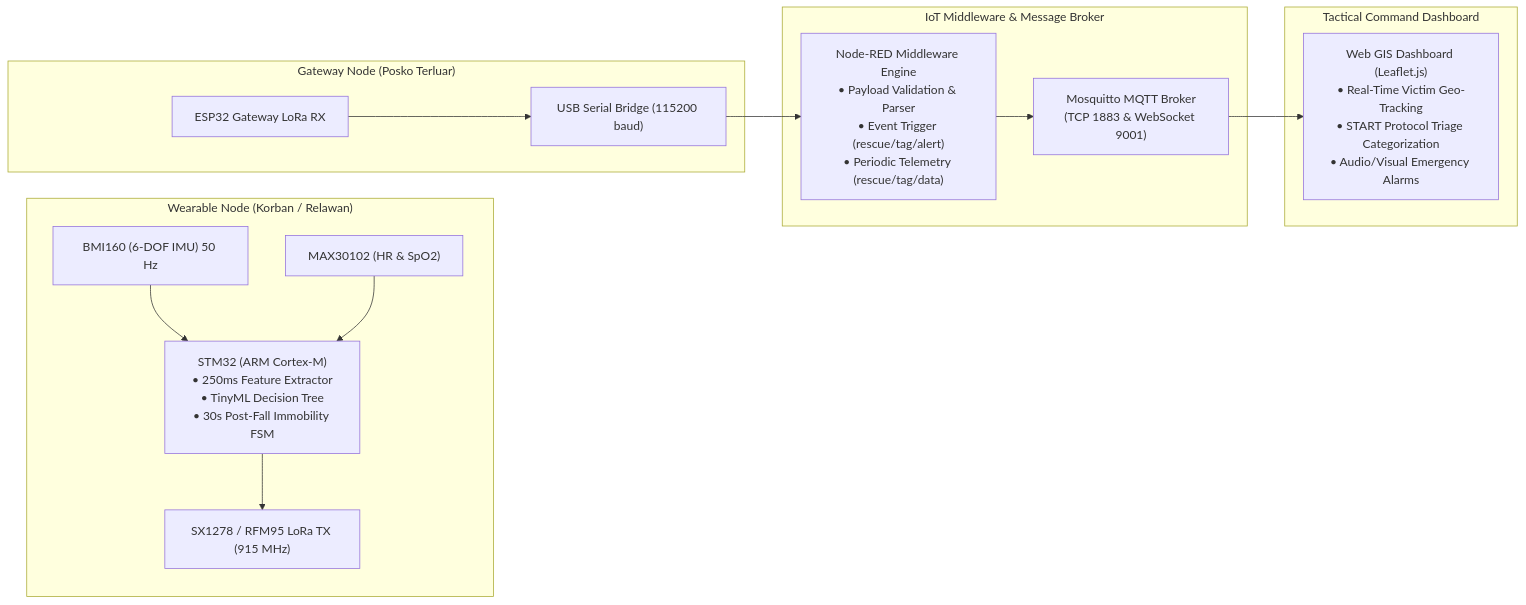
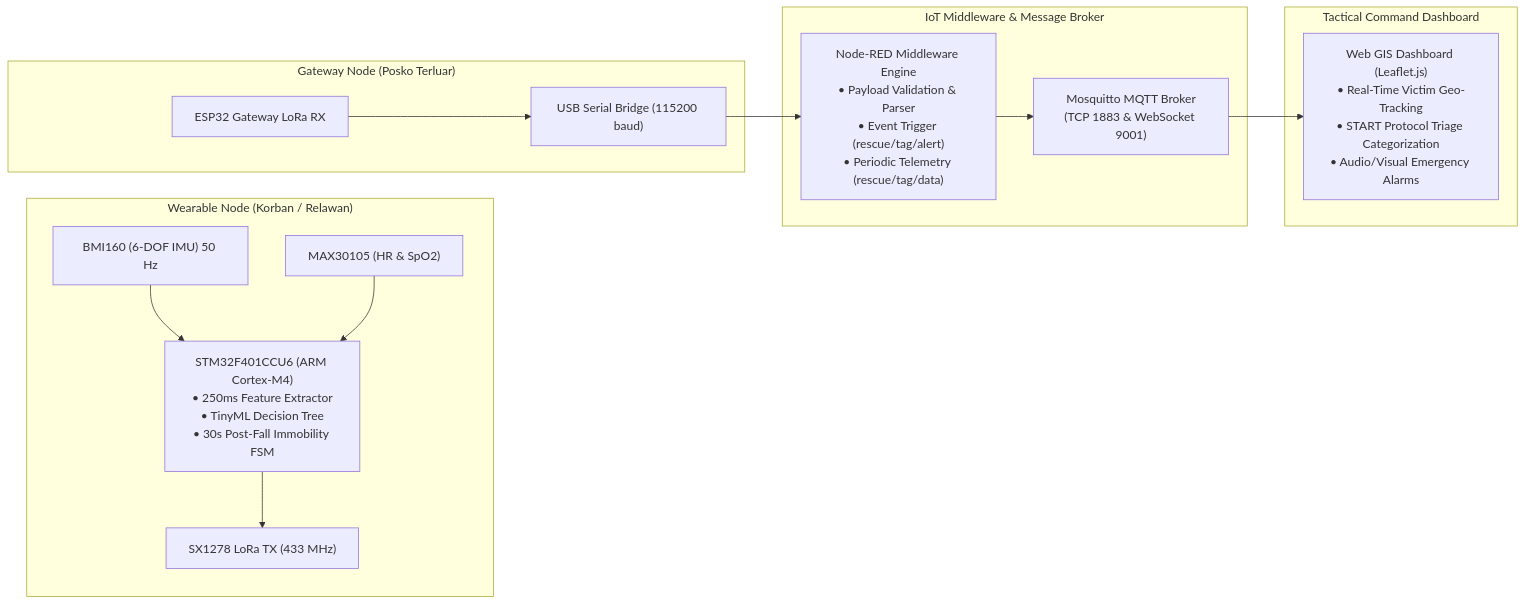
One commit to raihanbaskara/RescueTag-Project changed the diagram in README.md. Above: the diagram before and after it, drawn with Mermaid. The commit also changed other lines of this file and 4 other files, not shown here.

Commit message:
fix(audit): align wrist sensor ergonomics, 433MHz/STM32F401/1500mAh specs, START 4-tier bar, and dataset-verified FEAT samples

````diff
--- a/README.md
+++ b/README.md
@@ -51,30 +51,30 @@
 ```mermaid
 flowchart LR
     subgraph WearableNode ["Wearable Node (Korban / Relawan)"]
         IMU["BMI160 (6-DOF IMU) 50 Hz"]
-        PPG["MAX30102 (HR & SpO2)"]
-        MCU["STM32 (ARM Cortex-M)\n• 250ms Feature Extractor\n• TinyML Decision Tree\n• 30s Post-Fall Immobility FSM"]
-        LoRaTX["SX1278 / RFM95 LoRa TX (915 MHz)"]
+        PPG["MAX30105 (HR & SpO2)"]
+        MCU["STM32F401CCU6 (ARM Cortex-M4)\n• 250ms Feature Extractor\n• TinyML Decision Tree\n• 30s Post-Fall Immobility FSM"]
+        LoRaTX["SX1278 LoRa TX (433 MHz)"]
         IMU --> MCU
         PPG --> MCU
         MCU --> LoRaTX
     end
 
     subgraph GatewayNode ["Gateway Node (Posko Terluar)"]
         LoRaRX["ESP32 Gateway LoRa RX"]
         USBSerial["USB Serial Bridge (115200 baud)"]
         LoRaRX --> USBSerial
     end
 
     subgraph MiddlewareServer ["IoT Middleware & Message Broker"]
         NodeRED["Node-RED Middleware Engine\n• Payload Validation & Parser\n• Event Trigger (rescue/tag/alert)\n• Periodic Telemetry (rescue/tag/data)"]
         MQTT["Mosquitto MQTT Broker\n(TCP 1883 & WebSocket 9001)"]
         USBSerial --> NodeRED
         NodeRED --> MQTT
     end
 
     subgraph CommandStation ["Tactical Command Dashboard"]
         WebGIS["Web GIS Dashboard (Leaflet.js)\n• Real-Time Victim Geo-Tracking\n• START Protocol Triage Categorization\n• Audio/Visual Emergency Alarms"]
         MQTT --> WebGIS
     end
 ```
````
